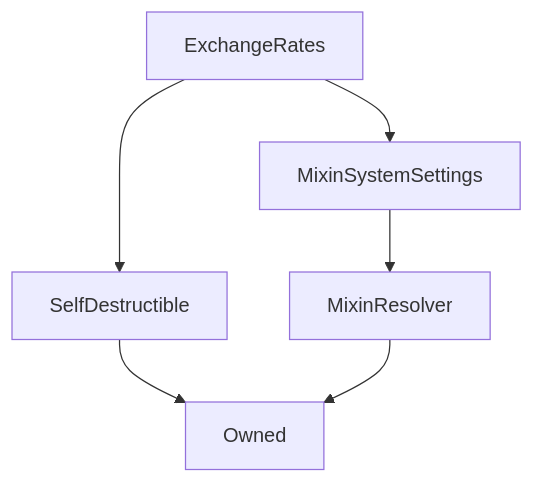
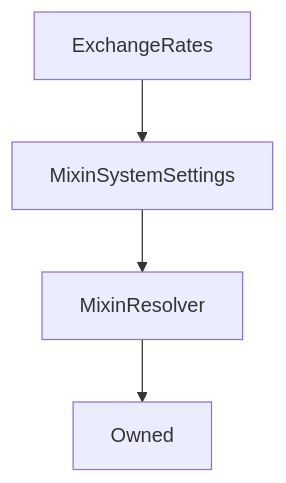
The diagram in content/contracts/source/contracts/ExchangeRates.md (Synthetixio/synthetix-docs), drawn with Mermaid before and after one commit. The commit also changed other lines of this file and 100 other files, not shown here.

````diff
--- a/content/contracts/source/contracts/ExchangeRates.md
+++ b/content/contracts/source/contracts/ExchangeRates.md
@@ -26,9 +26,7 @@
 ```mermaid
 graph TD
-    ExchangeRates[ExchangeRates] --> SelfDestructible[SelfDestructible]
     ExchangeRates[ExchangeRates] --> MixinSystemSettings[MixinSystemSettings]
-    SelfDestructible[SelfDestructible] --> Owned[Owned]
     MixinSystemSettings[MixinSystemSettings] --> MixinResolver[MixinResolver]
     MixinResolver[MixinResolver] --> Owned[Owned]
 
 ```
````
